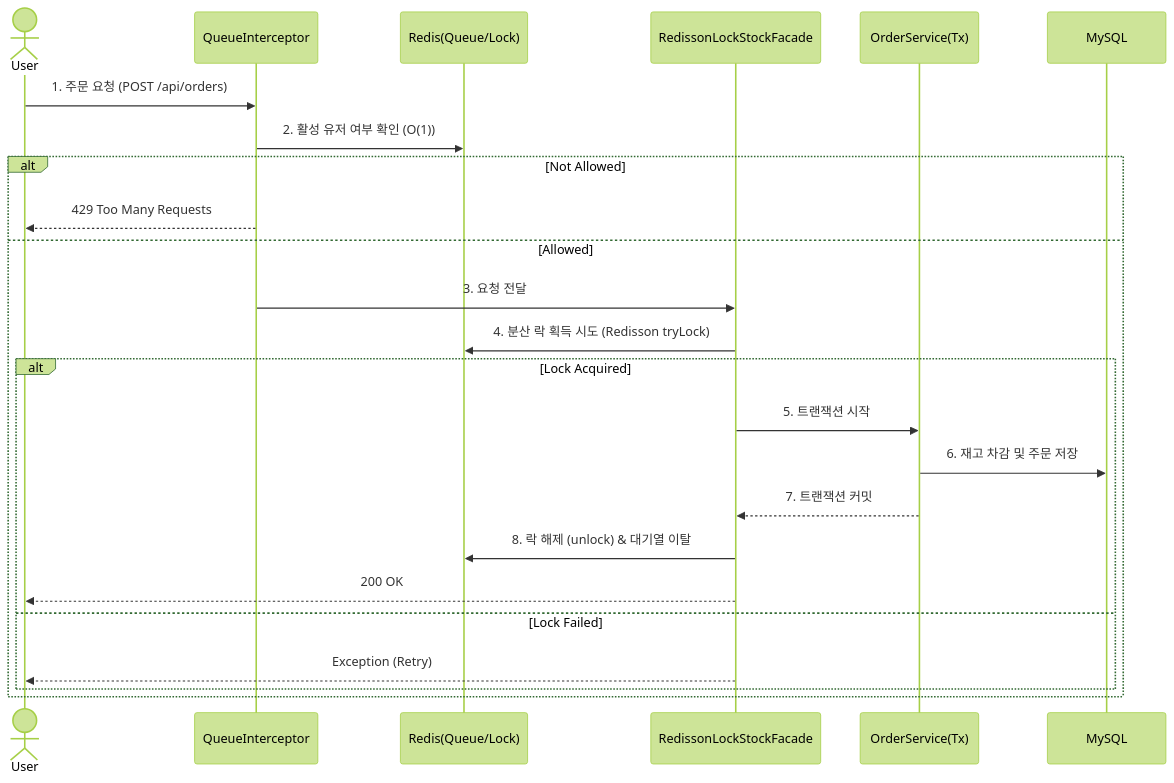
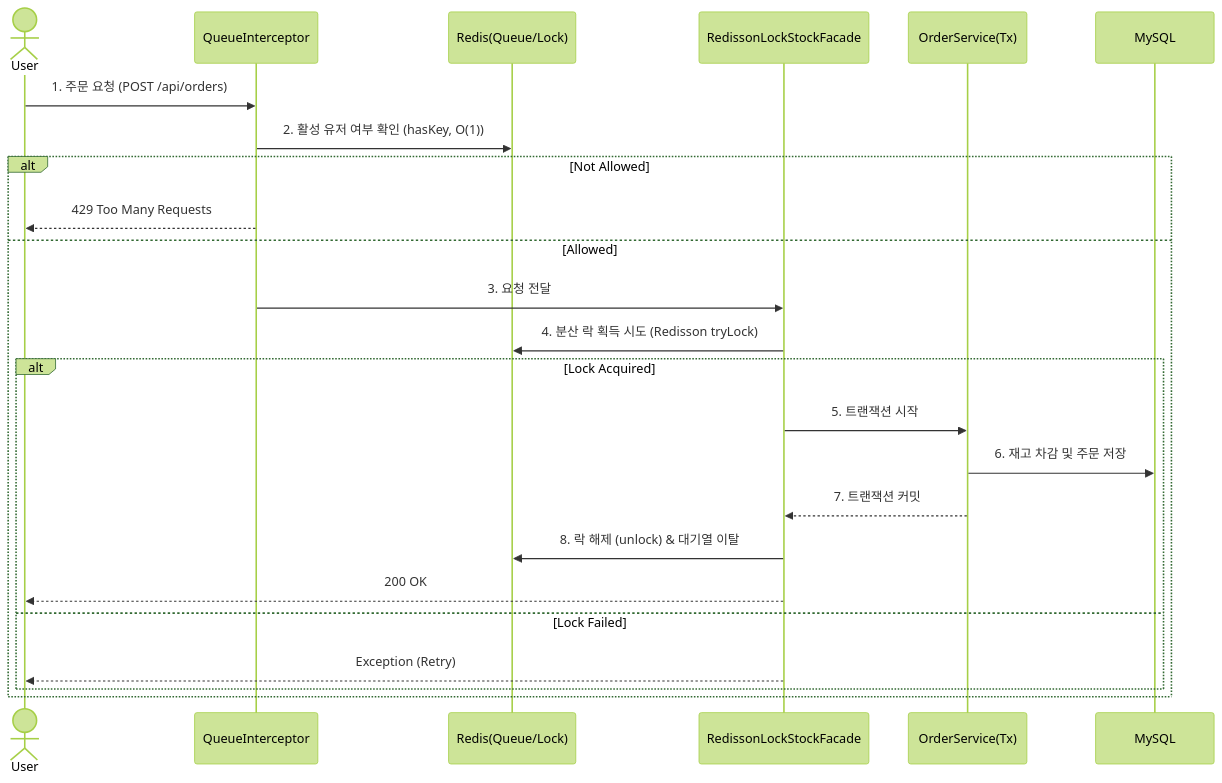
One commit to juhwanz/eshop-refac changed the diagram in README.md. Above: the diagram before and after it, drawn with Mermaid (forest theme). The commit also changed other lines of this file and 3 other files, not shown here.

````diff
--- a/README.md
+++ b/README.md
@@ -90,27 +90,27 @@
 ```mermaid
 sequenceDiagram
     actor User
     participant Interceptor as QueueInterceptor
     participant Redis as Redis(Queue/Lock)
     participant Facade as RedissonLockStockFacade
     participant Service as OrderService(Tx)
     participant DB as MySQL
 
     User->>Interceptor: 1. 주문 요청 (POST /api/orders)
-    Interceptor->>Redis: 2. 활성 유저 여부 확인 (O(1))
+    Interceptor->>Redis: 2. 활성 유저 여부 확인 (hasKey, O(1))
     alt Not Allowed
         Interceptor-->>User: 429 Too Many Requests
     else Allowed
         Interceptor->>Facade: 3. 요청 전달
         Facade->>Redis: 4. 분산 락 획득 시도 (Redisson tryLock)
         alt Lock Acquired
             Facade->>Service: 5. 트랜잭션 시작
             Service->>DB: 6. 재고 차감 및 주문 저장
             Service-->>Facade: 7. 트랜잭션 커밋
             Facade->>Redis: 8. 락 해제 (unlock) & 대기열 이탈
             Facade-->>User: 200 OK
         else Lock Failed
             Facade-->>User: Exception (Retry)
         end
     end
 ```
````
